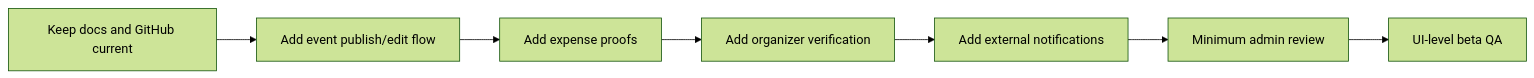
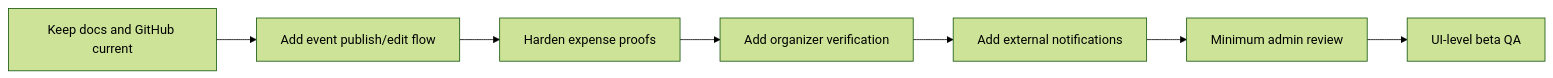
The fourth of 4 diagrams in docs/project-architecture-brief-v0.1.md (moirakk/GatherUp), drawn with Mermaid (forest theme) before and after one commit. The commit also changed other lines of this file and 8 other files, not shown here.

Commit message:
Add expense proof upload flow

````diff
--- a/docs/project-architecture-brief-v0.1.md
+++ b/docs/project-architecture-brief-v0.1.md
@@ -239,9 +239,9 @@
 ```mermaid
 flowchart LR
   A["Keep docs and GitHub current"] --> B["Add event publish/edit flow"]
-  B --> C["Add expense proofs"]
+  B --> C["Harden expense proofs"]
   C --> D["Add organizer verification"]
   D --> E["Add external notifications"]
   E --> F["Minimum admin review"]
   F --> G["UI-level beta QA"]
 ```
````
